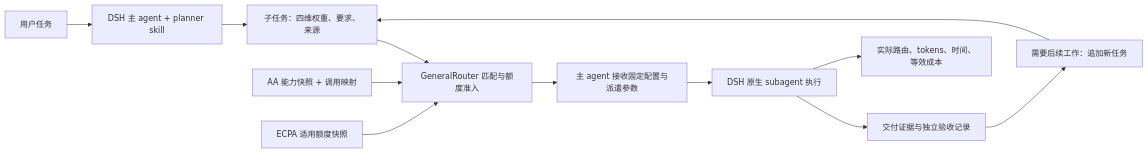
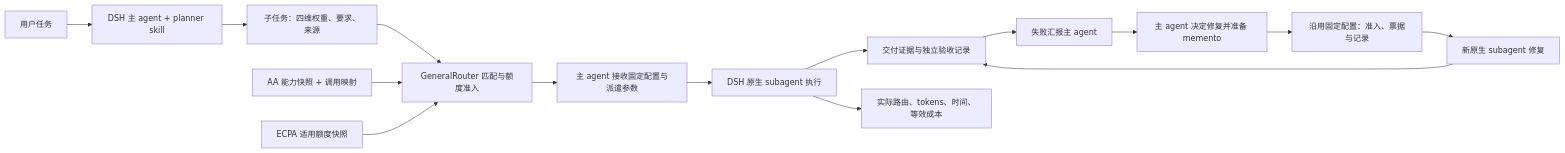
Before and after one commit to AshenJyy/GeneralRouter: the diagram in README.md, drawn with Mermaid. The commit also changed other lines of this file and 16 other files, not shown here.

````diff
--- a/README.md
+++ b/README.md
@@ -13,14 +13,17 @@
 ```mermaid
 flowchart LR
     U[用户任务] --> P[DSH 主 agent + planner skill]
     P --> T[子任务：四维权重、要求、来源]
     T --> R[GeneralRouter 匹配与额度准入]
     C[AA 能力快照 + 调用映射] --> R
     Q[ECPA 适用额度快照] --> R
     R --> D[主 agent 接收固定配置与派遣参数]
     D --> S[DSH 原生 subagent 执行]
     S --> A[交付证据与独立验收记录]
     S --> L[实际路由、tokens、时间、等效成本]
-    A --> N[需要后续工作：追加新任务]
-    N --> T
+    A --> F[失败汇报主 agent]
+    F --> M[主 agent 决定修复并准备 memento]
+    M --> H[沿用固定配置：准入、票据与记录]
+    H --> W[新原生 subagent 修复]
+    W --> A
 ```
````
